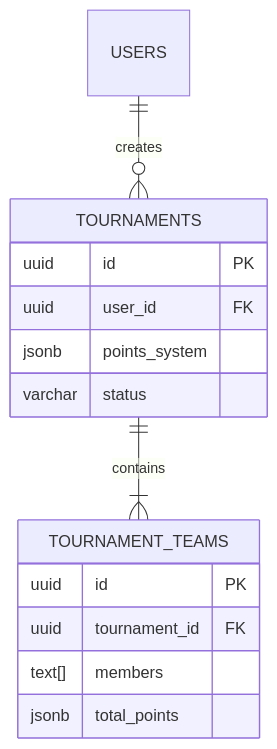
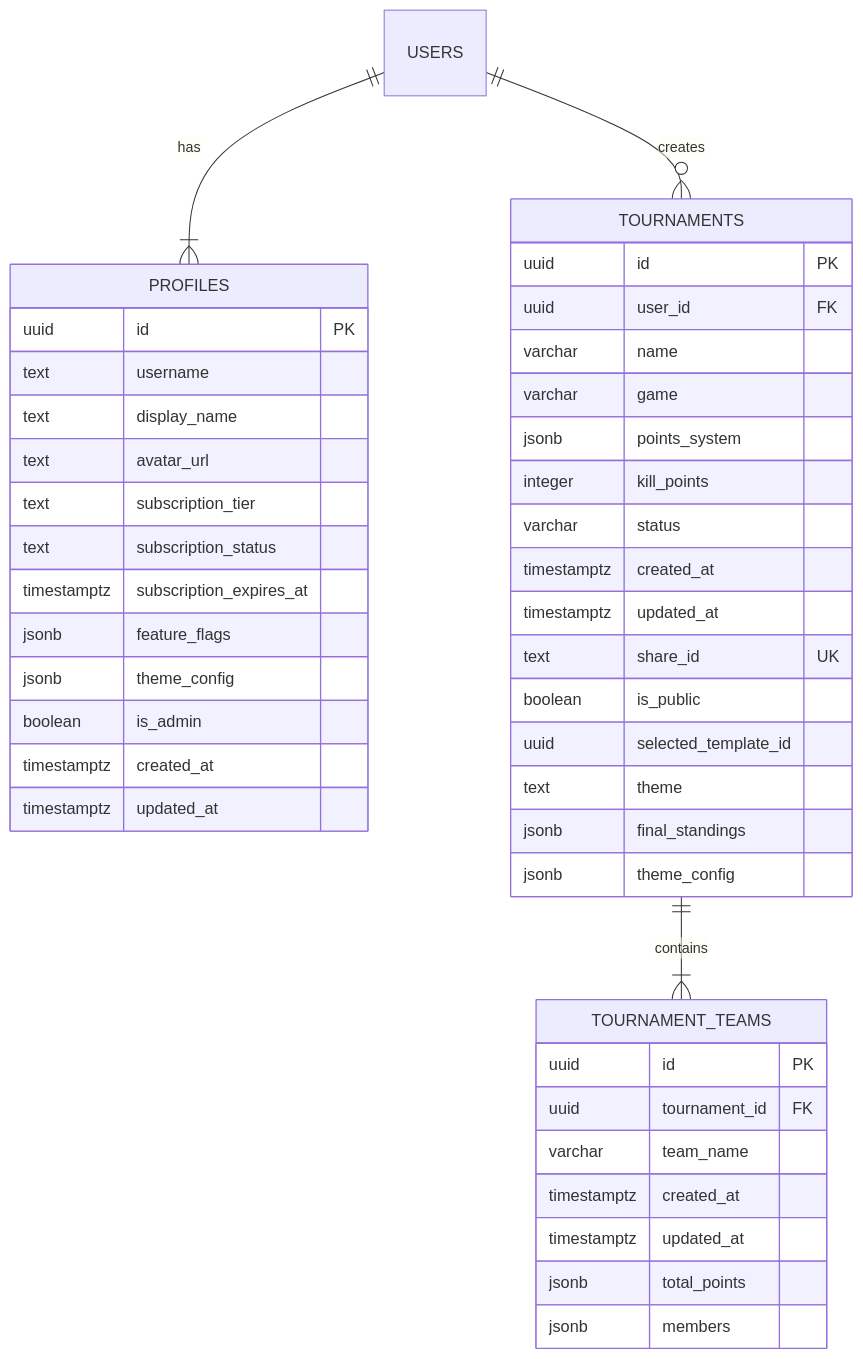
Before and after one commit to praneeth4040/LazarFlow: the diagram in DATABASE_SCHEMA.md, drawn with Mermaid. The commit also changed other lines of this file and 21 other files, not shown here.

````diff
--- a/DATABASE_SCHEMA.md
+++ b/DATABASE_SCHEMA.md
@@ -55,20 +92,50 @@
 ```mermaid
 erDiagram
+    USERS ||--|{ PROFILES : "has"
     USERS ||--o{ TOURNAMENTS : "creates"
 
     TOURNAMENTS ||--|{ TOURNAMENT_TEAMS : "contains"
 
+    PROFILES {
+        uuid id PK
+        text username
+        text display_name
+        text avatar_url
+        text subscription_tier
+        text subscription_status
+        timestamptz subscription_expires_at
+        jsonb feature_flags
+        jsonb theme_config
+        boolean is_admin
+        timestamptz created_at
+        timestamptz updated_at
+    }
+
     TOURNAMENTS {
         uuid id PK
         uuid user_id FK
+        varchar name
+        varchar game
         jsonb points_system
+        integer kill_points
         varchar status
+        timestamptz created_at
+        timestamptz updated_at
+        text share_id UK
+        boolean is_public
+        uuid selected_template_id
+        text theme
+        jsonb final_standings
+        jsonb theme_config
     }
 
     TOURNAMENT_TEAMS {
         uuid id PK
         uuid tournament_id FK
-        text[] members
+        varchar team_name
+        timestamptz created_at
+        timestamptz updated_at
         jsonb total_points
+        jsonb members
     }
 ```
````
